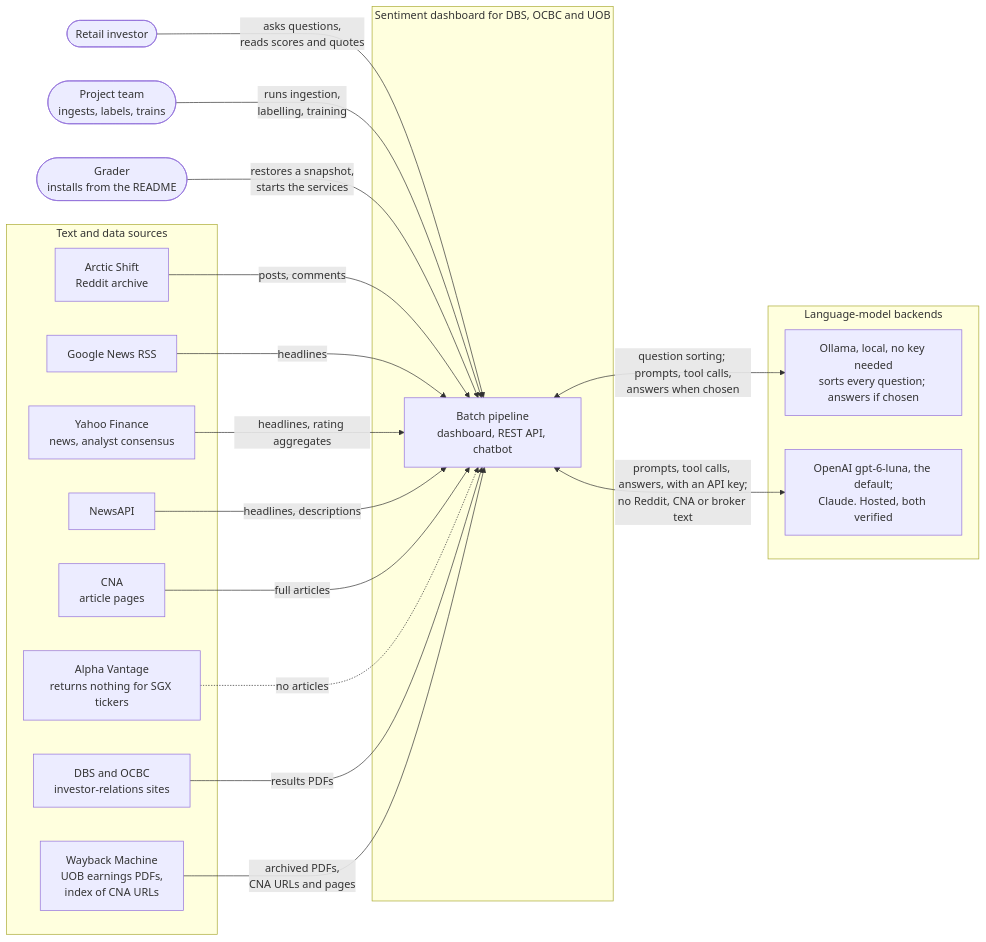
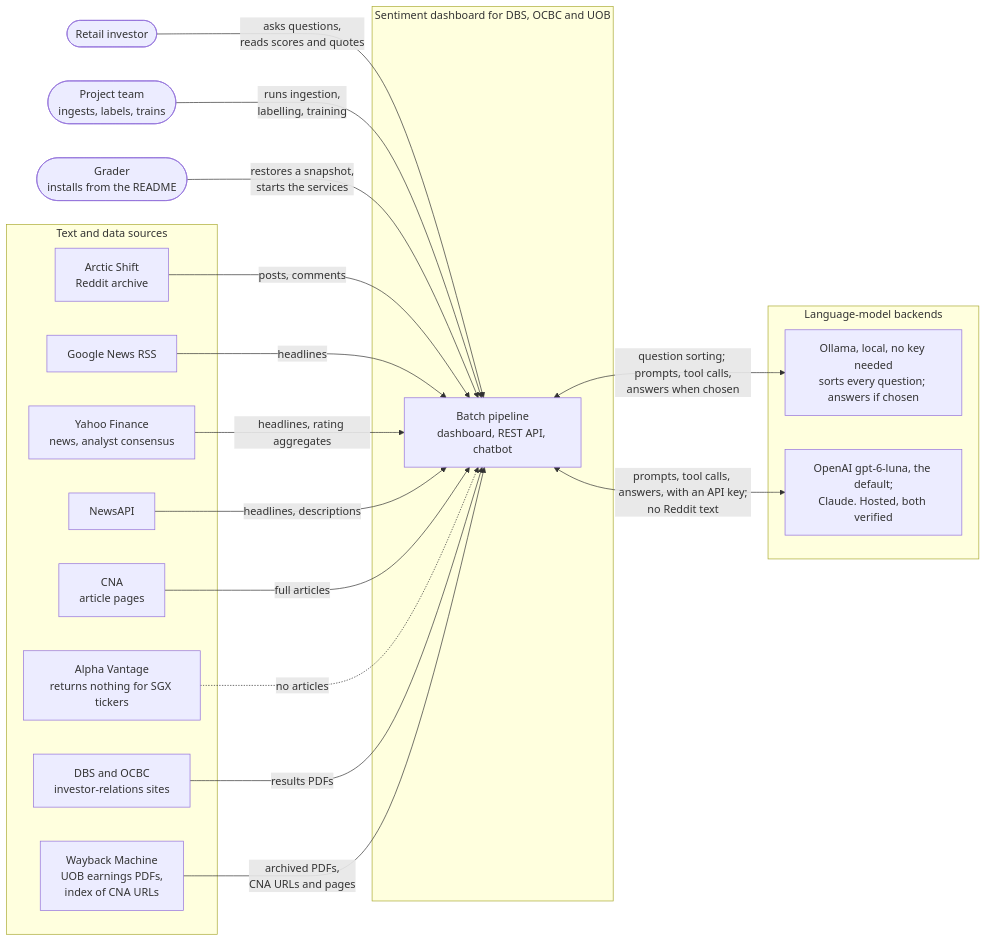
One commit to Gavingyh/plp-project changed the diagram in docs/diagrams/src/01-system-context.mmd. Above: the diagram before and after it, drawn with Mermaid. The commit also changed 15 other files, not shown here.

First line of the commit message:
Let the hosted chatbot model quote CNA and broker research

```diff
--- a/docs/diagrams/src/01-system-context.mmd
+++ b/docs/diagrams/src/01-system-context.mmd
@@ -1,43 +1,43 @@
 flowchart LR
   accTitle: System context
   accDescr: The sentiment system with its three kinds of user, its five text and data sources, and its four model backends.
 
   investor(["Retail investor"])
   team(["Project team<br/>ingests, labels, trains"])
   grader(["Grader<br/>installs from the README"])
 
   subgraph sys["Sentiment dashboard for DBS, OCBC and UOB"]
     core["Batch pipeline<br/>dashboard, REST API, chatbot"]
   end
 
   subgraph sources["Text and data sources"]
     reddit["Arctic Shift<br/>Reddit archive"]
     gnews["Google News RSS"]
     yahoo["Yahoo Finance<br/>news, analyst consensus"]
     newsapi["NewsAPI"]
     cna["CNA<br/>article pages"]
     av["Alpha Vantage<br/>returns nothing for SGX tickers"]
     ir["DBS and OCBC<br/>investor-relations sites"]
     wayback["Wayback Machine<br/>UOB earnings PDFs,<br/>index of CNA URLs"]
   end
 
   subgraph llms["Language-model backends"]
     ollama["Ollama, local, no key needed<br/>sorts every question; answers if chosen"]
     hosted["OpenAI gpt-6-luna, the default;<br/>Claude. Hosted, both verified"]
   end
 
   investor -- "asks questions,<br/>reads scores and quotes" --> core
   team -- "runs ingestion,<br/>labelling, training" --> core
   grader -- "restores a snapshot,<br/>starts the services" --> core
 
   reddit -- "posts, comments" --> core
   gnews -- "headlines" --> core
   yahoo -- "headlines, rating aggregates" --> core
   newsapi -- "headlines, descriptions" --> core
   cna -- "full articles" --> core
   av -. "no articles" .-> core
   ir -- "results PDFs" --> core
   wayback -- "archived PDFs,<br/>CNA URLs and pages" --> core
 
   core <-- "question sorting; prompts, tool calls,<br/>answers when chosen" --> ollama
-  core <-- "prompts, tool calls, answers, with an API key;<br/>no Reddit, CNA or broker text" --> hosted
+  core <-- "prompts, tool calls, answers, with an API key;<br/>no Reddit text" --> hosted
```
